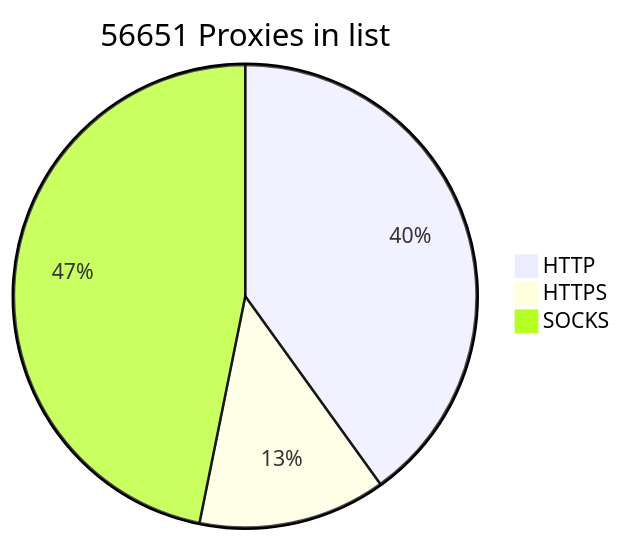
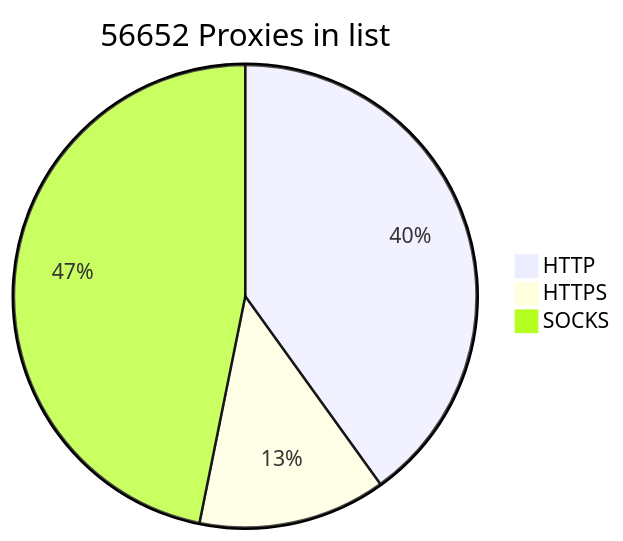
Before and after one commit to BlackSnowDot/proxylist-update-every-minute: the diagram in README.md, drawn with Mermaid.

````diff
--- a/README.md
+++ b/README.md
@@ -2,6 +2,6 @@
 ```mermaid
-pie title 56651 Proxies in list
+pie title 56652 Proxies in list
     "HTTP" : 25516
     "HTTPS": 8339
-    "SOCKS" : 29814
+    "SOCKS" : 29815
 ```
````
